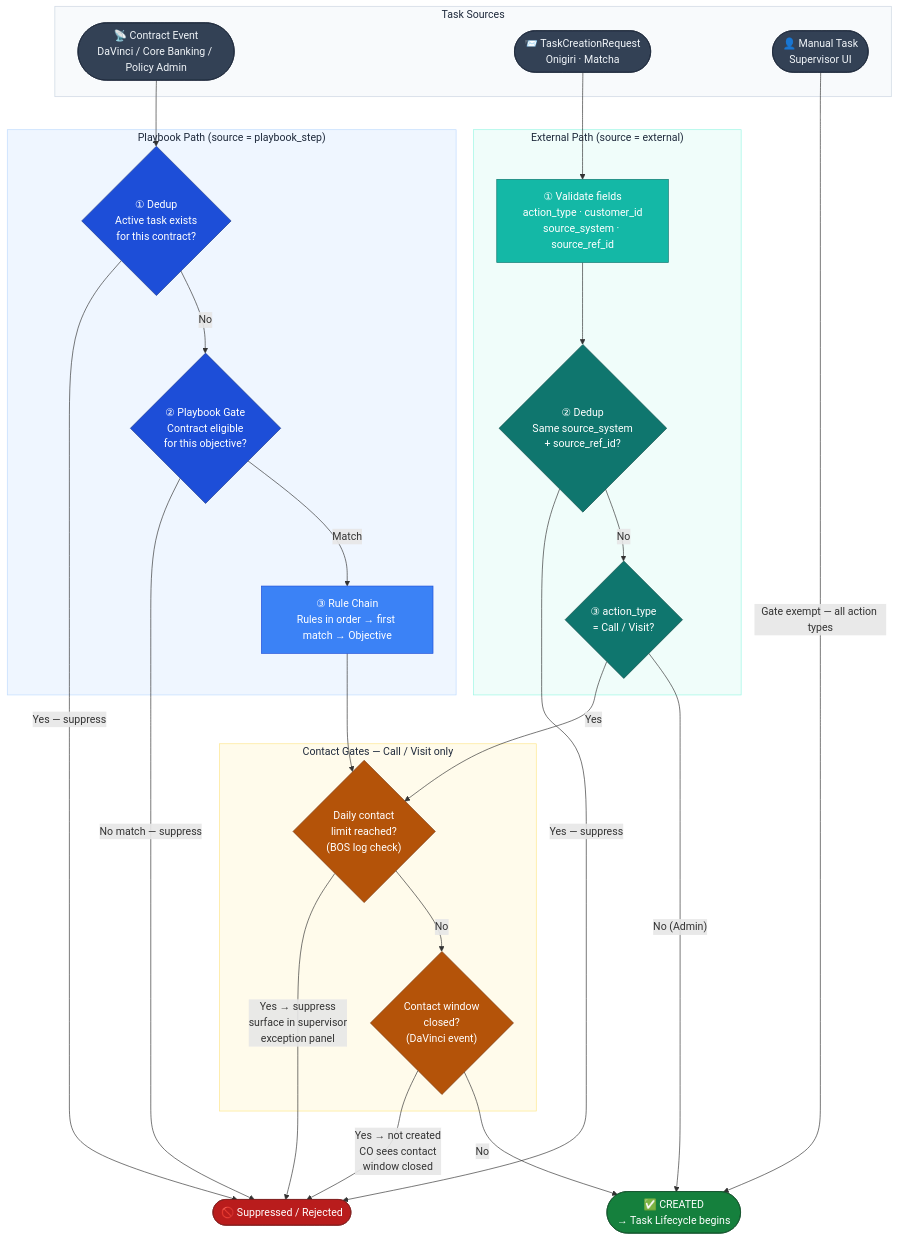
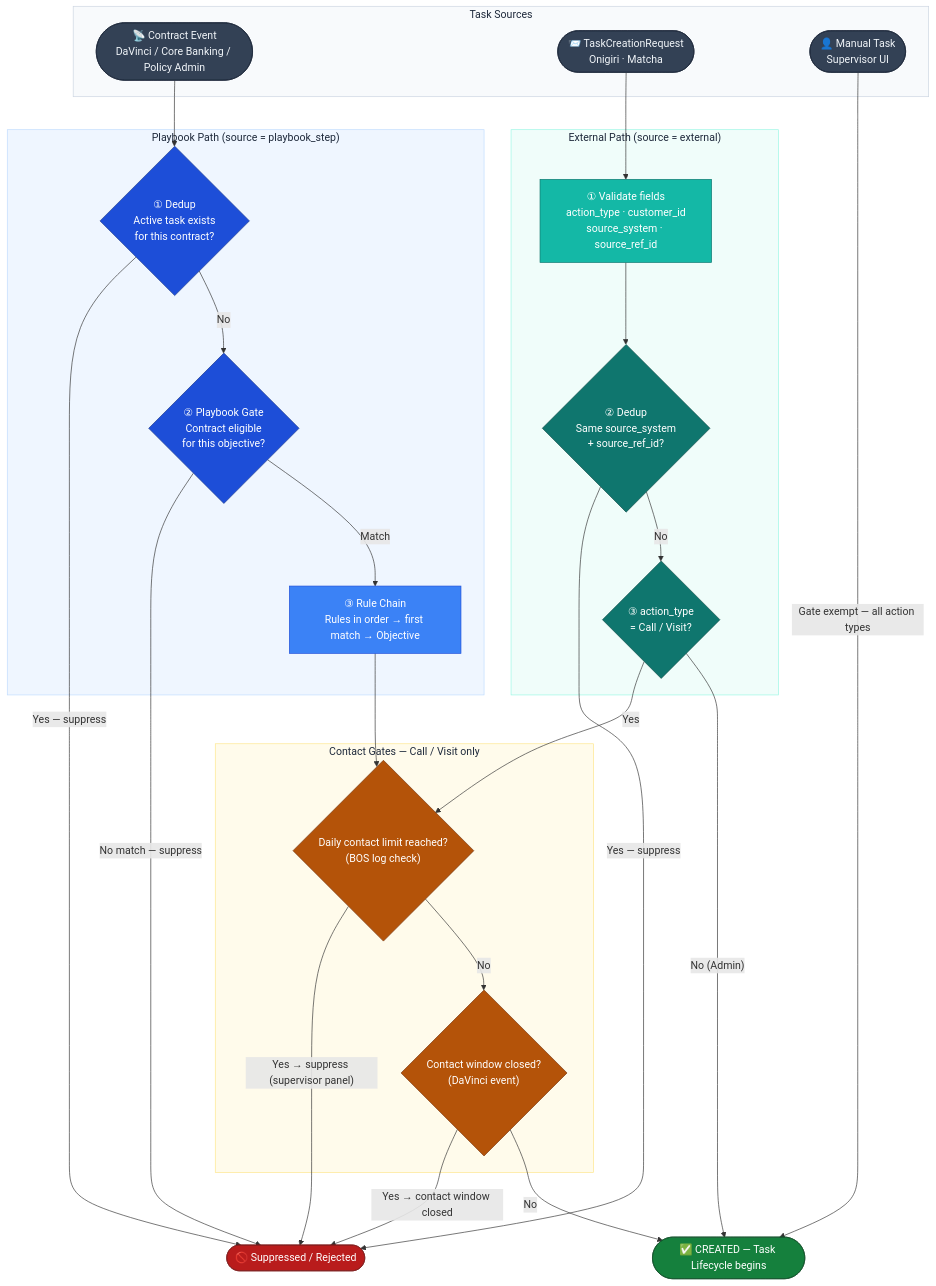
Before and after one commit to ploypapasaph-commits/to_do_list: the first of 3 diagrams in product/operations/sensei/PRODUCT.md, drawn with Mermaid.

Commit message:
fix(sensei): replace \n with <br/> in pipeline diagram for correct rendering

````diff
--- a/product/operations/sensei/PRODUCT.md
+++ b/product/operations/sensei/PRODUCT.md
@@ -75,70 +75,70 @@
 ```mermaid
 flowchart TD
     classDef sourceNode fill:#334155,stroke:#1e293b,color:#f1f5f9
     classDef playbookDecision fill:#1d4ed8,stroke:#1e3a8a,color:#fff
     classDef playbookProcess fill:#3b82f6,stroke:#1d4ed8,color:#fff
     classDef extDecision fill:#0f766e,stroke:#134e4a,color:#fff
     classDef extProcess fill:#14b8a6,stroke:#0f766e,color:#fff
     classDef gateNode fill:#b45309,stroke:#78350f,color:#fff
     classDef successNode fill:#15803d,stroke:#14532d,color:#fff
     classDef rejectNode fill:#b91c1c,stroke:#7f1d1d,color:#fff
 
     subgraph SOURCES["Task Sources"]
-        EV(["📡 Contract Event\nDaVinci / Core Banking / Policy Admin"])
-        EXT(["📨 TaskCreationRequest\nOnigiri · Matcha"])
-        MAN(["👤 Manual Task\nSupervisor UI"])
+        EV(["📡 Contract Event<br/>DaVinci / Core Banking / Policy Admin"])
+        EXT(["📨 TaskCreationRequest<br/>Onigiri · Matcha"])
+        MAN(["👤 Manual Task<br/>Supervisor UI"])
     end
 
     subgraph PLAYBOOK_PATH["Playbook Path (source = playbook_step)"]
-        PP1{"① Dedup\nActive task exists\nfor this contract?"}
-        PP2a{"② Playbook Gate\nContract eligible\nfor this objective?"}
-        PP2b["③ Rule Chain\nRules in order → first match → Objective"]
+        PP1{"① Dedup<br/>Active task exists<br/>for this contract?"}
+        PP2a{"② Playbook Gate<br/>Contract eligible<br/>for this objective?"}
+        PP2b["③ Rule Chain<br/>Rules in order → first match → Objective"]
     end
 
     subgraph EXT_PATH["External Path (source = external)"]
-        EP1["① Validate fields\naction_type · customer_id\nsource_system · source_ref_id"]
-        EP2{"② Dedup\nSame source_system\n+ source_ref_id?"}
-        EP3{"③ action_type\n= Call / Visit?"}
+        EP1["① Validate fields<br/>action_type · customer_id<br/>source_system · source_ref_id"]
+        EP2{"② Dedup<br/>Same source_system<br/>+ source_ref_id?"}
+        EP3{"③ action_type<br/>= Call / Visit?"}
     end
 
     subgraph GATE["Contact Gates — Call / Visit only"]
-        G1{"Daily contact\nlimit reached?\n(BOS log check)"}
-        G2{"Contact window\nclosed?\n(DaVinci event)"}
+        G1{"Daily contact limit reached?<br/>(BOS log check)"}
+        G2{"Contact window closed?<br/>(DaVinci event)"}
     end
 
-    TASK(["✅ CREATED\n→ Task Lifecycle begins"])
+    TASK(["✅ CREATED — Task Lifecycle begins"])
     SUP(["🚫 Suppressed / Rejected"])
 
     EV --> PP1
     PP1 -->|"Yes — suppress"| SUP
     PP1 -->|"No"| PP2a
     PP2a -->|"No match — suppress"| SUP
     PP2a -->|"Match"| PP2b --> G1
 
     EXT --> EP1 --> EP2
     EP2 -->|"Yes — suppress"| SUP
     EP2 -->|"No"| EP3
     EP3 -->|"Yes"| G1
     EP3 -->|"No (Admin)"| TASK
 
     MAN -->|"Gate exempt — all action types"| TASK
 
-    G1 -->|"Yes → suppress\nsurface in supervisor\nexception panel"| SUP
+    G1 -->|"Yes → suppress (supervisor panel)"| SUP
     G1 -->|"No"| G2
-    G2 -->|"Yes → not created\nCO sees contact\nwindow closed"| SUP
+    G2 -->|"Yes → contact window closed"| SUP
     G2 -->|"No"| TASK
 
     class EV,EXT,MAN sourceNode
     class PP1,PP2a playbookDecision
     class PP2b playbookProcess
     class EP2,EP3 extDecision
     class EP1 extProcess
     class G1,G2 gateNode
     class TASK successNode
     class SUP rejectNode
 
     style SOURCES fill:#f8fafc,stroke:#cbd5e1,color:#1e293b
     style PLAYBOOK_PATH fill:#eff6ff,stroke:#bfdbfe,color:#1e293b
     style EXT_PATH fill:#f0fdfa,stroke:#99f6e4,color:#1e293b
     style GATE fill:#fffbeb,stroke:#fde68a,color:#1e293b
 ```
````
